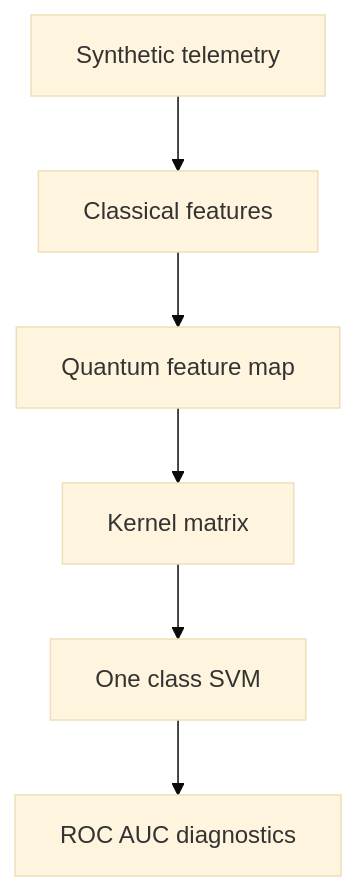
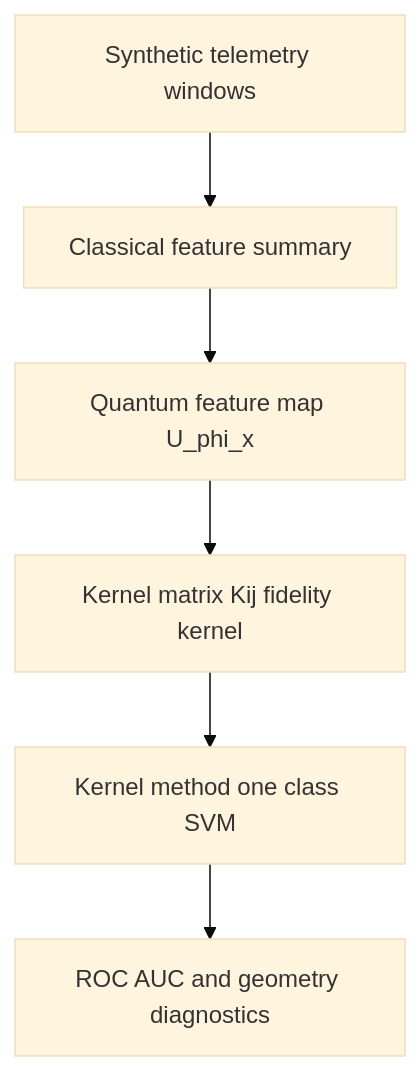
One commit to polonez6969/qkernel-telemetry-anomaly changed the diagram in README.md. Above: the diagram before and after it, drawn with Mermaid (base theme). The commit also changed other lines of this file, not shown here.

````diff
--- a/README.md
+++ b/README.md
@@ -88,8 +93,8 @@
 ```mermaid
 flowchart TD
-  A["Synthetic telemetry"] --> B["Classical features"]
-  B --> C["Quantum feature map"]
-  C --> D["Kernel matrix"]
-  D --> E["One class SVM"]
-  E --> F["ROC AUC diagnostics"]
+  A["Synthetic telemetry windows"] --> B["Classical feature summary"]
+  B --> C["Quantum feature map U_phi_x"]
+  C --> D["Kernel matrix Kij fidelity kernel"]
+  D --> E["Kernel method one class SVM"]
+  E --> F["ROC AUC and geometry diagnostics"]
 ```
````
